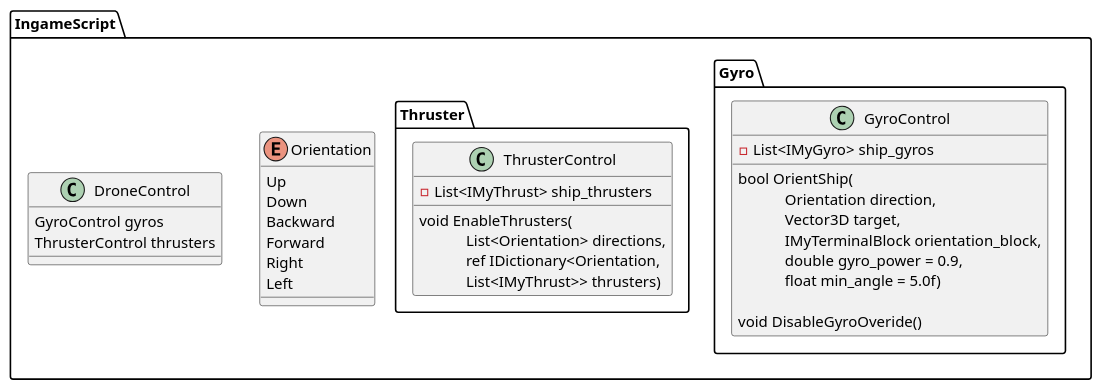
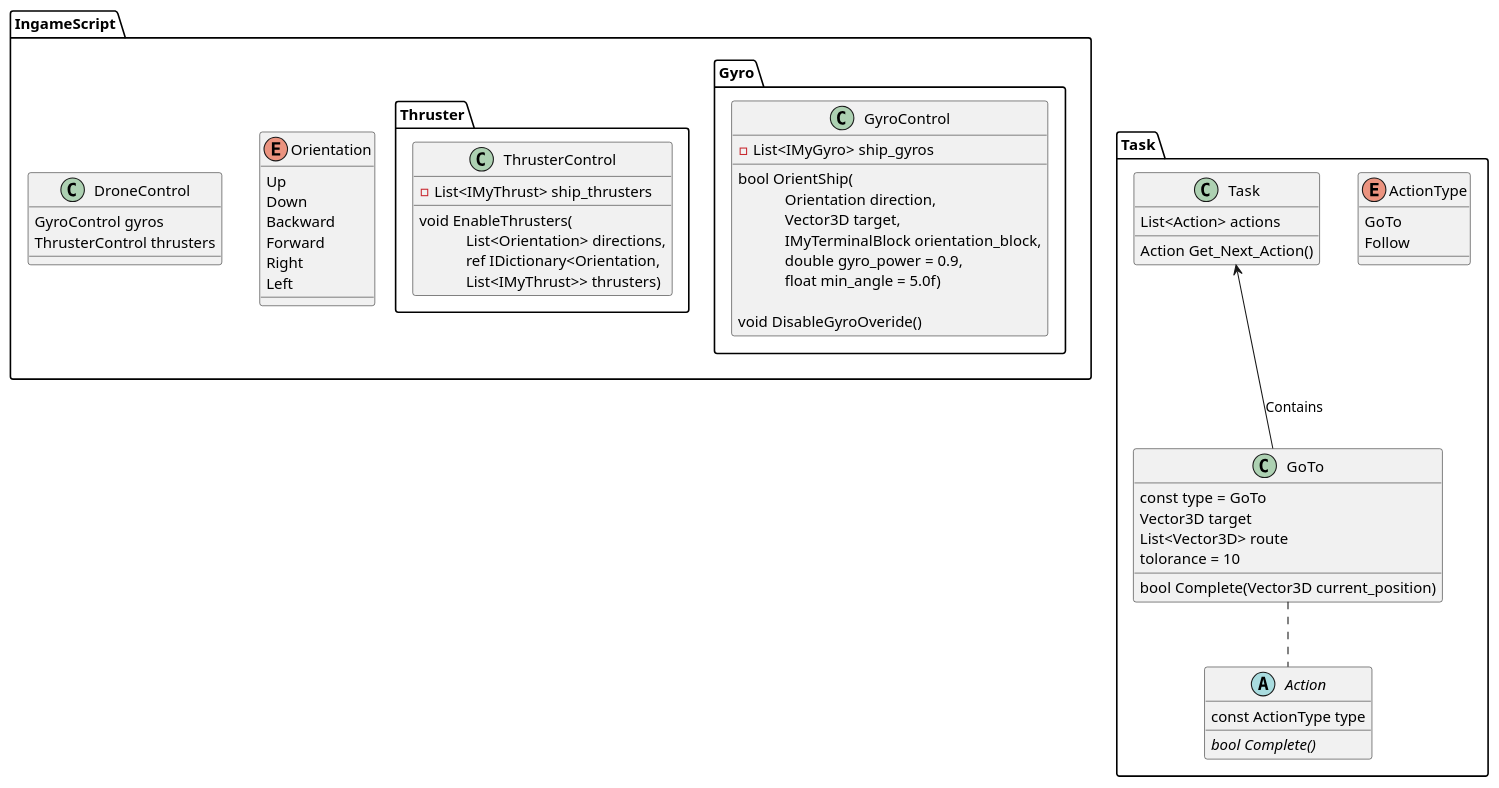
One commit to jacob7395/DroneControl changed the diagram in DroneControl/SpecDiagram.pu. Above: the diagram before and after it, drawn with PlantUML. The commit also changed 1 other file, not shown here.

```diff
--- a/DroneControl/SpecDiagram.pu
+++ b/DroneControl/SpecDiagram.pu
@@ -1,41 +1,74 @@
 package IngameScript {
     enum Orientation {
         Up
         Down
         Backward
         Forward
         Right
         Left
     }
 
     package Gyro {
         class GyroControl {
             -List<IMyGyro> ship_gyros
 
             bool OrientShip(\n\
             Orientation direction,\n\
             Vector3D target,\n\
             IMyTerminalBlock orientation_block,\n\
             double gyro_power = 0.9,\n\
             float min_angle = 5.0f)
 
             void DisableGyroOveride()
         }
     }
 
     package Thruster {
         class ThrusterControl {
             -List<IMyThrust> ship_thrusters
 
             void EnableThrusters(\n\
             List<Orientation> directions,\n\
             ref IDictionary<Orientation,\n\
             List<IMyThrust>> thrusters)
         }
     }
 
     class DroneControl {
         GyroControl gyros
         ThrusterControl thrusters
     }
 }
+
+package Task {
+
+    enum ActionType {
+        GoTo
+        Follow
+    }
+
+    abstract Action {
+        const ActionType type
+
+        {abstract} bool Complete()
+    }
+
+    class GoTo {
+        const type = GoTo
+        Vector3D target
+        List<Vector3D> route
+        tolorance = 10
+
+        bool Complete(Vector3D current_position)
+    }
+
+    GoTo .. Action
+
+    class Task {
+        List<Action> actions
+
+        Action Get_Next_Action()
+    }
+
+    Task <-- GoTo : Contains
+}
```
